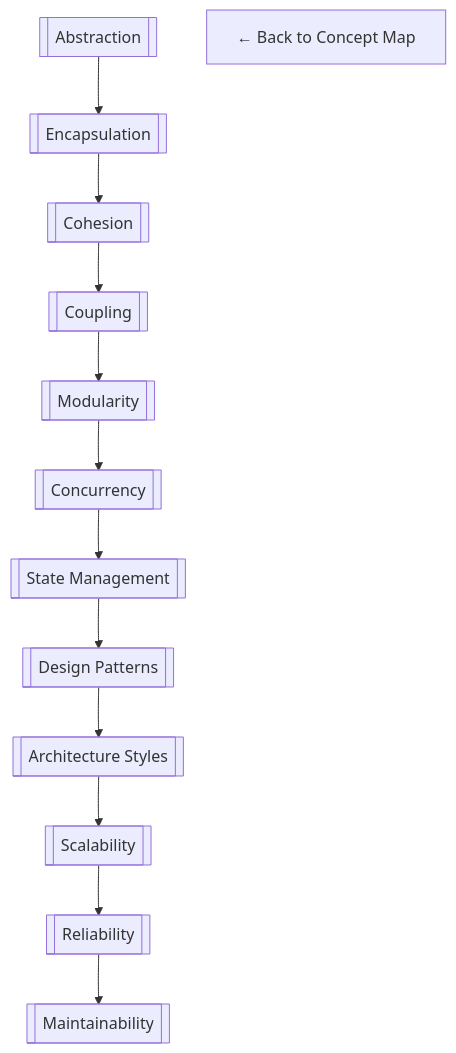
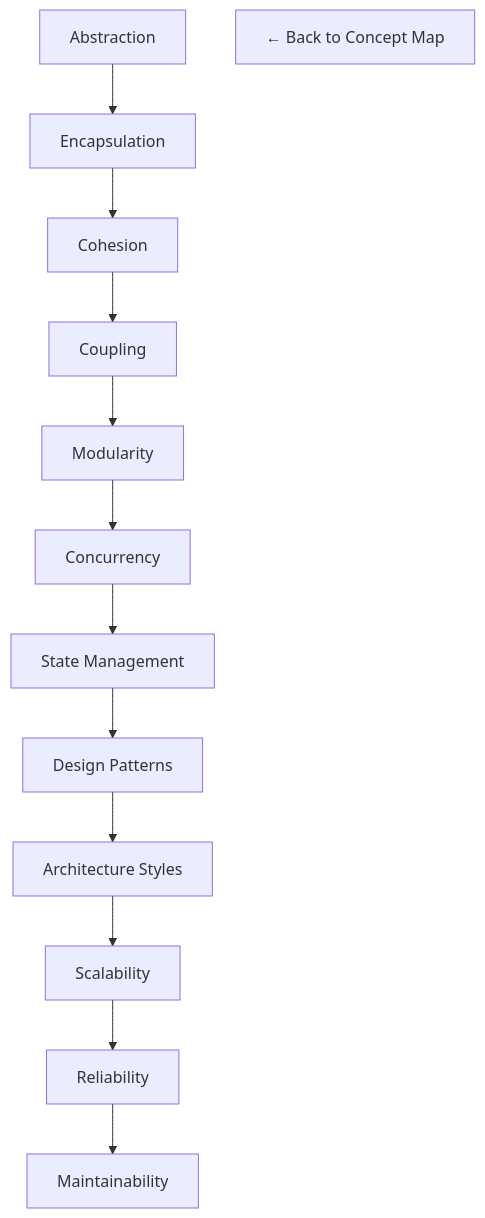
Before and after one commit to detnsw-sydtech/Software-Engineering-Examinable-Terms-for-the-NSW-HSC: the diagram in maps/principles-map.md, drawn with Mermaid.

````diff
--- a/maps/principles-map.md
+++ b/maps/principles-map.md
@@ -3,33 +3,45 @@
 ```mermaid
 graph TD
 
-A1[[Abstraction]] --> A2
-A2[[Encapsulation]] --> A3
-A3[[Cohesion]] --> A4
-A4[[Coupling]] --> A5
-A5[[Modularity]] --> A6
-A6[[Concurrency]] --> A7
-A7[[State Management]] --> A8
-A8[[Design Patterns]] --> A9
-A9[[Architecture Styles]] --> A10
-A10[[Scalability]] --> A11
-A11[[Reliability]] --> A12
-A12[[Maintainability]]
+A1[Abstraction]
+A2[Encapsulation]
+A3[Cohesion]
+A4[Coupling]
+A5[Modularity]
+A6[Concurrency]
+A7[State Management]
+A8[Design Patterns]
+A9[Architecture Styles]
+A10[Scalability]
+A11[Reliability]
+A12[Maintainability]
 
-click A1 "../terms/principles/abstraction.md"
-click A2 "../terms/principles/encapsulation.md"
-click A3 "../terms/principles/cohesion.md"
-click A4 "../terms/principles/coupling.md"
-click A5 "../terms/principles/modularity.md"
-click A6 "../terms/principles/concurrency.md"
-click A7 "../terms/principles/state-management.md"
-click A8 "../terms/principles/design-patterns.md"
-click A9 "../terms/principles/architecture-styles.md"
-click A10 "../terms/principles/scalability.md"
-click A11 "../terms/principles/reliability.md"
-click A12 "../terms/principles/maintainability.md"
+A1 --> A2
+A2 --> A3
+A3 --> A4
+A4 --> A5
+A5 --> A6
+A6 --> A7
+A7 --> A8
+A8 --> A9
+A9 --> A10
+A10 --> A11
+A11 --> A12
+
+click A1 "https://github.com/detnsw-sydtech/Software-Engineering-Examinable-Terms-for-the-NSW-HSC/blob/main/terms/principles/abstraction.md"
+click A2 "https://github.com/detnsw-sydtech/Software-Engineering-Examinable-Terms-for-the-NSW-HSC/blob/main/terms/principles/encapsulation.md"
+click A3 "https://github.com/detnsw-sydtech/Software-Engineering-Examinable-Terms-for-the-NSW-HSC/blob/main/terms/principles/cohesion.md"
+click A4 "https://github.com/detnsw-sydtech/Software-Engineering-Examinable-Terms-for-the-NSW-HSC/blob/main/terms/principles/coupling.md"
+click A5 "https://github.com/detnsw-sydtech/Software-Engineering-Examinable-Terms-for-the-NSW-HSC/blob/main/terms/principles/modularity.md"
+click A6 "https://github.com/detnsw-sydtech/Software-Engineering-Examinable-Terms-for-the-NSW-HSC/blob/main/terms/principles/concurrency.md"
+click A7 "https://github.com/detnsw-sydtech/Software-Engineering-Examinable-Terms-for-the-NSW-HSC/blob/main/terms/principles/state-management.md"
+click A8 "https://github.com/detnsw-sydtech/Software-Engineering-Examinable-Terms-for-the-NSW-HSC/blob/main/terms/principles/design-patterns.md"
+click A9 "https://github.com/detnsw-sydtech/Software-Engineering-Examinable-Terms-for-the-NSW-HSC/blob/main/terms/principles/architecture-styles.md"
+click A10 "https://github.com/detnsw-sydtech/Software-Engineering-Examinable-Terms-for-the-NSW-HSC/blob/main/terms/principles/scalability.md"
+click A11 "https://github.com/detnsw-sydtech/Software-Engineering-Examinable-Terms-for-the-NSW-HSC/blob/main/terms/principles/reliability.md"
+click A12 "https://github.com/detnsw-sydtech/Software-Engineering-Examinable-Terms-for-the-NSW-HSC/blob/main/terms/principles/maintainability.md"
 
 R[← Back to Concept Map]
 click R "https://github.com/detnsw-sydtech/Software-Engineering-Examinable-Terms-for-the-NSW-HSC/blob/main/concept-map.md"
 
 ```
````
